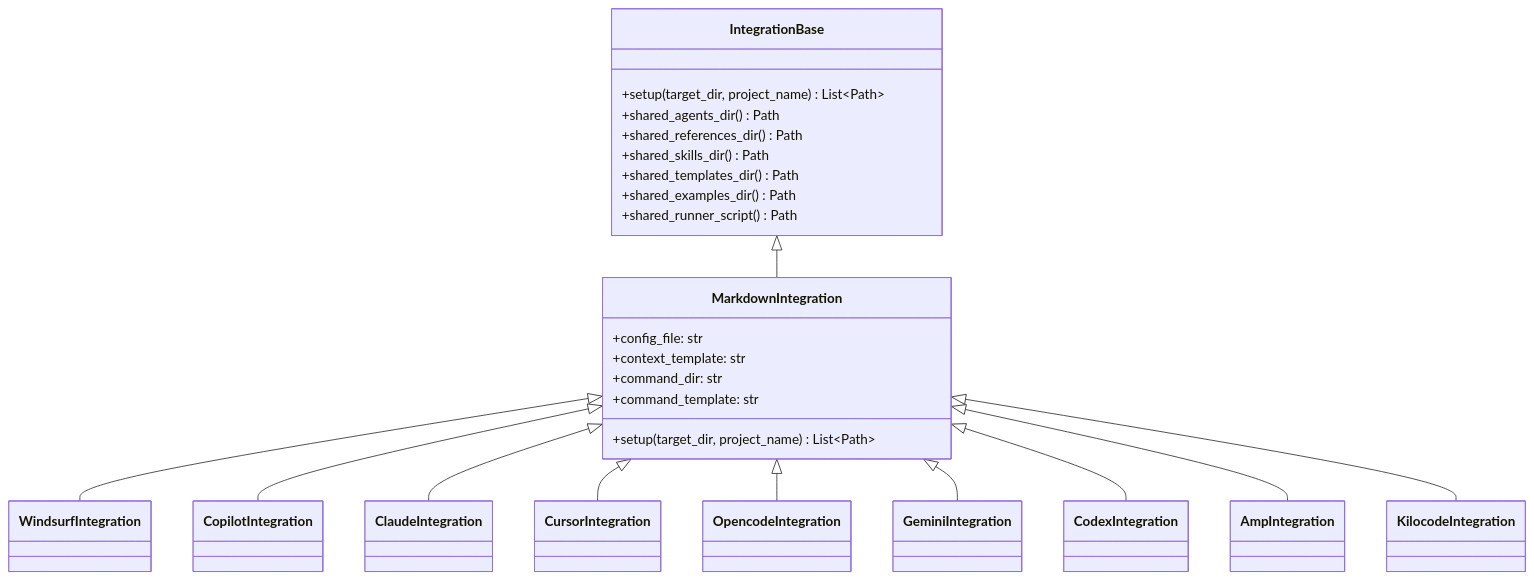
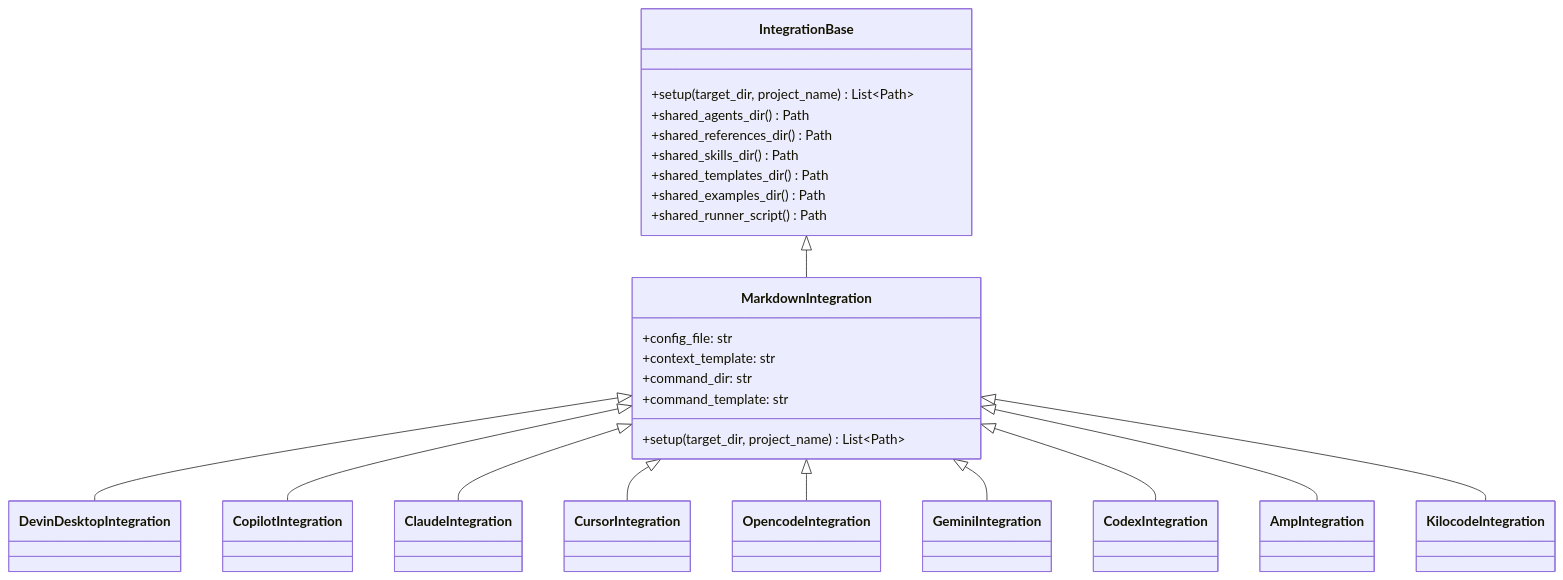
The second of 2 diagrams in docs/ide-integrations.md (bitbitcodes/autonomous-sdlc), drawn with Mermaid before and after one commit. The commit also changed other lines of this file and 131 other files, not shown here.

````diff
--- a/docs/ide-integrations.md
+++ b/docs/ide-integrations.md
@@ -61,31 +61,31 @@
 ```mermaid
 classDiagram
     class IntegrationBase {
         +setup(target_dir, project_name) List~Path~
         +shared_agents_dir() Path
         +shared_references_dir() Path
         +shared_skills_dir() Path
         +shared_templates_dir() Path
         +shared_examples_dir() Path
         +shared_runner_script() Path
     }
 
     class MarkdownIntegration {
         +config_file: str
         +context_template: str
         +command_dir: str
         +command_template: str
         +setup(target_dir, project_name) List~Path~
     }
 
     IntegrationBase <|-- MarkdownIntegration
-    MarkdownIntegration <|-- WindsurfIntegration
+    MarkdownIntegration <|-- DevinDesktopIntegration
     MarkdownIntegration <|-- CopilotIntegration
     MarkdownIntegration <|-- ClaudeIntegration
     MarkdownIntegration <|-- CursorIntegration
     MarkdownIntegration <|-- OpencodeIntegration
     MarkdownIntegration <|-- GeminiIntegration
     MarkdownIntegration <|-- CodexIntegration
     MarkdownIntegration <|-- AmpIntegration
     MarkdownIntegration <|-- KilocodeIntegration
 ```
````
